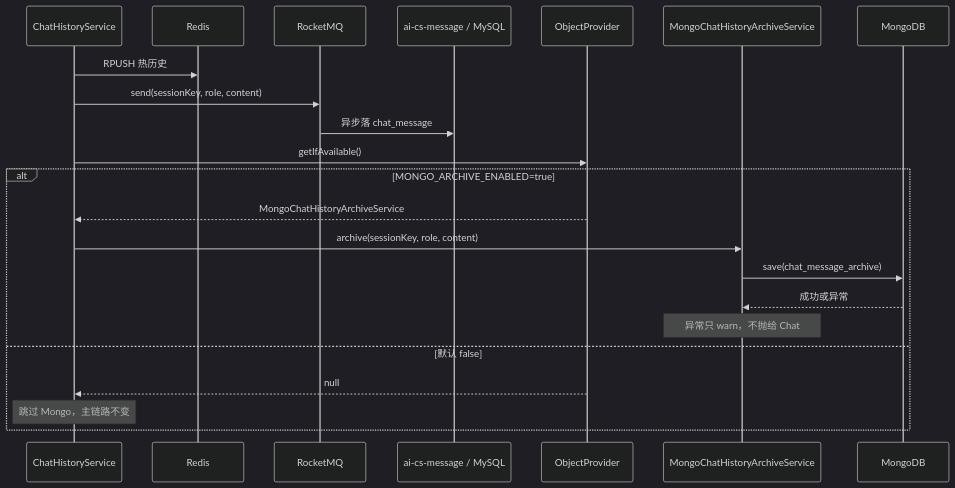
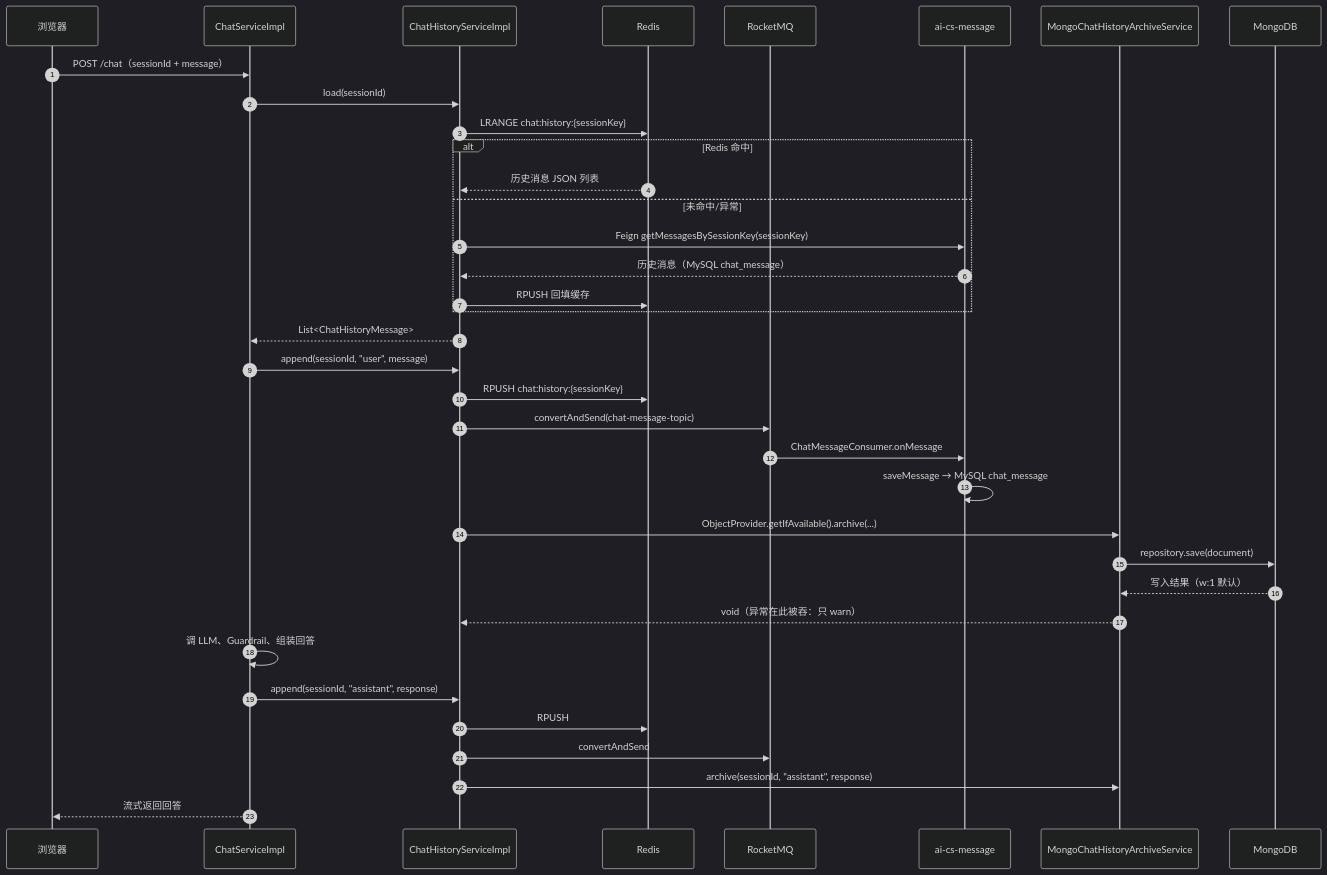
One commit to 16680-creator/ai-customer-service changed the second of 2 diagrams in learning-docs/04-中间件/10-MongoDB对话审计归档.md. Above: the diagram before and after it, drawn with Mermaid (dark theme). The commit also changed other lines of this file and 185 other files, not shown here.

````diff
--- a/learning-docs/04-中间件/10-MongoDB对话审计归档.md
+++ b/learning-docs/04-中间件/10-MongoDB对话审计归档.md
@@ -158,26 +395,39 @@
 ```mermaid
 sequenceDiagram
-    participant Chat as ChatHistoryService
-    participant Redis as Redis
+    autonumber
+    participant U as 浏览器
+    participant CS as ChatServiceImpl
+    participant CH as ChatHistoryServiceImpl
+    participant R as Redis
     participant MQ as RocketMQ
-    participant Message as ai-cs-message / MySQL
-    participant Provider as ObjectProvider
-    participant Archive as MongoChatHistoryArchiveService
-    participant Mongo as MongoDB
+    participant MSG as ai-cs-message
+    participant AR as MongoChatHistoryArchiveService
+    participant MG as MongoDB
 
-    Chat->>Redis: RPUSH 热历史
-    Chat->>MQ: send(sessionKey, role, content)
-    MQ->>Message: 异步落 chat_message
-
-    Chat->>Provider: getIfAvailable()
-    alt MONGO_ARCHIVE_ENABLED=true
-        Provider-->>Chat: MongoChatHistoryArchiveService
-        Chat->>Archive: archive(sessionKey, role, content)
-        Archive->>Mongo: save(chat_message_archive)
-        Mongo-->>Archive: 成功或异常
-        Note over Archive: 异常只 warn，不抛给 Chat
-    else 默认 false
-        Provider-->>Chat: null
-        Note over Chat: 跳过 Mongo，主链路不变
+    U->>CS: POST /chat（sessionId + message）
+    CS->>CH: load(sessionId)
+    CH->>R: LRANGE chat:history:{sessionKey}
+    alt Redis 命中
+        R-->>CH: 历史消息 JSON 列表
+    else 未命中/异常
+        CH->>MSG: Feign getMessagesBySessionKey(sessionKey)
+        MSG-->>CH: 历史消息（MySQL chat_message）
+        CH->>R: RPUSH 回填缓存
     end
+    CH-->>CS: List<ChatHistoryMessage>
+    CS->>CH: append(sessionId, "user", message)
+    CH->>R: RPUSH chat:history:{sessionKey}
+    CH->>MQ: convertAndSend(chat-message-topic)
+    MQ->>MSG: ChatMessageConsumer.onMessage
+    MSG->>MSG: saveMessage → MySQL chat_message
+    CH->>AR: ObjectProvider.getIfAvailable().archive(...)
+    AR->>MG: repository.save(document)
+    MG-->>AR: 写入结果（w:1 默认）
+    AR-->>CH: void（异常在此被吞：只 warn）
+    CS->>CS: 调 LLM、Guardrail、组装回答
+    CS->>CH: append(sessionId, "assistant", response)
+    CH->>R: RPUSH
+    CH->>MQ: convertAndSend
+    CH->>AR: archive(sessionId, "assistant", response)
+    CS-->>U: 流式返回回答
 ```
````
